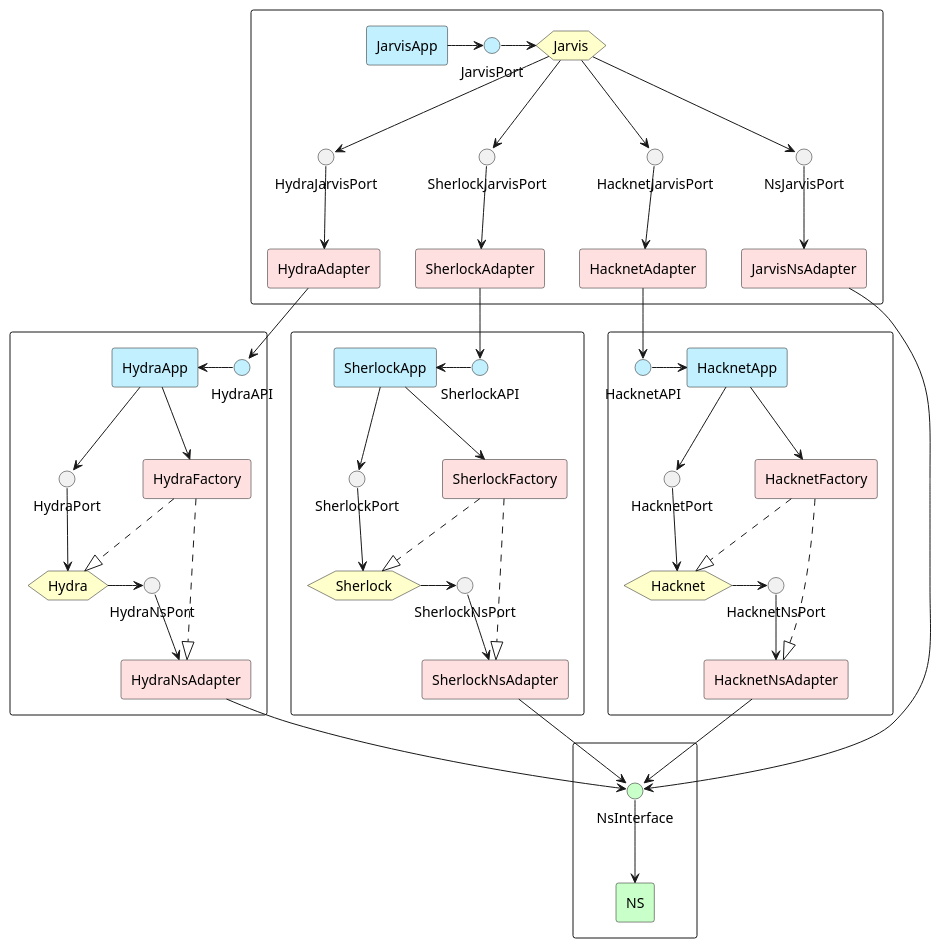
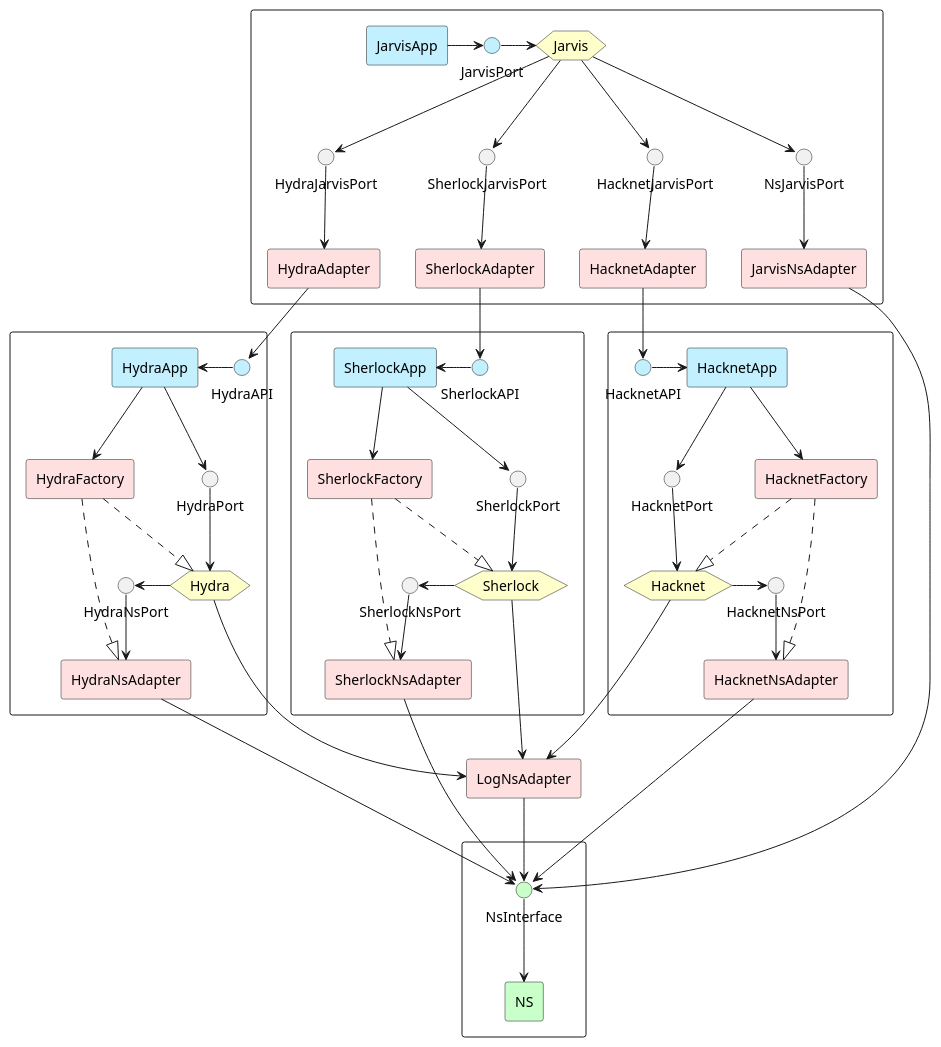
One commit to Desvart/bitburner changed the diagram in doc/architecture.puml. Above: the diagram before and after it, drawn with PlantUML. The commit also changed 1 other file, not shown here.

Commit message:
* update class diagram based on hexa archi.

```diff
--- a/doc/architecture.puml
+++ b/doc/architecture.puml
@@ -1,127 +1,133 @@
 @startuml
 skinparam componentStyle rectangle
 
 rectangle {
     hexagon Jarvis #Business
 
     component JarvisApp #Application
     interface JarvisPort #Application
 
     interface HydraJarvisPort
     component HydraAdapter #Implementation
 
     interface SherlockJarvisPort
     component SherlockAdapter #Implementation
 
     interface HacknetJarvisPort
     component HacknetAdapter #Implementation
 
     interface NsJarvisPort
     component JarvisNsAdapter #Implementation
 }
 
 rectangle {
     component HydraApp #Application
     interface HydraAPI #Application
 
     hexagon Hydra #Business
     interface HydraPort
 
     interface HydraNsPort
     component HydraNsAdapter #Implementation
 
     component HydraFactory #Implementation
 }
 
 rectangle {
     component SherlockApp #Application
     interface SherlockAPI #Application
 
     hexagon Sherlock #Business
     interface SherlockPort
 
     interface SherlockNsPort
     component SherlockNsAdapter #Implementation
 
     component SherlockFactory #Implementation
 }
 
 rectangle {
     component HacknetApp #Application
     interface HacknetAPI #Application
 
     hexagon Hacknet #Business
     interface HacknetPort
 
     interface HacknetNsPort
     component HacknetNsAdapter #Implementation
 
     component HacknetFactory #Implementation
 }
 
+component LogNsAdapter #Implementation
+
 rectangle {
     interface NsInterface #Technology
     component NS #Technology
 }
 
 'Jarvis
     ' Application
     JarvisApp -r-> JarvisPort
 
     'Adapters
     JarvisPort -r-> Jarvis
     Jarvis --> HydraJarvisPort
     HydraJarvisPort --> HydraAdapter
     Jarvis --> HacknetJarvisPort
     HacknetJarvisPort --> HacknetAdapter
     Jarvis --> SherlockJarvisPort
     SherlockJarvisPort --> SherlockAdapter
     Jarvis --> NsJarvisPort
     NsJarvisPort --> JarvisNsAdapter
 
 ' Hydra
     HydraAPI -l-> HydraApp
     HydraApp --> HydraFactory
     HydraApp --> HydraPort
     HydraPort --> Hydra
     Hydra -r-> HydraNsPort
     HydraNsPort --> HydraNsAdapter
+    Hydra ---> LogNsAdapter
     HydraFactory ..|> HydraNsAdapter
     HydraFactory ..|> Hydra
 
 ' Sherlock
     SherlockAPI -l-> SherlockApp
     SherlockApp --> SherlockFactory
     SherlockApp --> SherlockPort
     SherlockPort --> Sherlock
     Sherlock -r-> SherlockNsPort
     SherlockNsPort --> SherlockNsAdapter
+    Sherlock ---> LogNsAdapter
     SherlockFactory ..|> SherlockNsAdapter
     SherlockFactory ..|> Sherlock
 
 ' Hacknet
     HacknetAPI -r-> HacknetApp
     HacknetApp --> HacknetFactory
     HacknetApp --> HacknetPort
     HacknetPort --> Hacknet
     Hacknet -r-> HacknetNsPort
     HacknetNsPort --> HacknetNsAdapter
+    Hacknet ---> LogNsAdapter
     HacknetFactory ..|> HacknetNsAdapter
     HacknetFactory ..|> Hacknet
 
 ' NS
+    LogNsAdapter --> NsInterface
     NsInterface --> NS
 
 ' Integration
     ' Jarvis to modules
     HacknetAdapter --> HacknetAPI
     SherlockAdapter --> SherlockAPI
     HydraAdapter --> HydraAPI
 
     ' Modules to NS
     SherlockNsAdapter --> NsInterface
     HydraNsAdapter --> NsInterface
     HacknetNsAdapter --> NsInterface
     JarvisNsAdapter --> NsInterface
 
 @enduml
```
